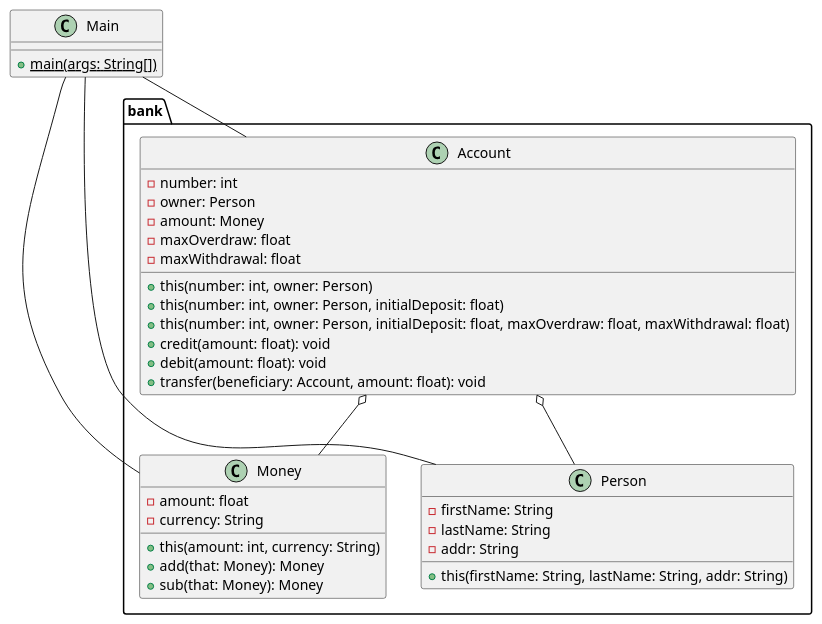
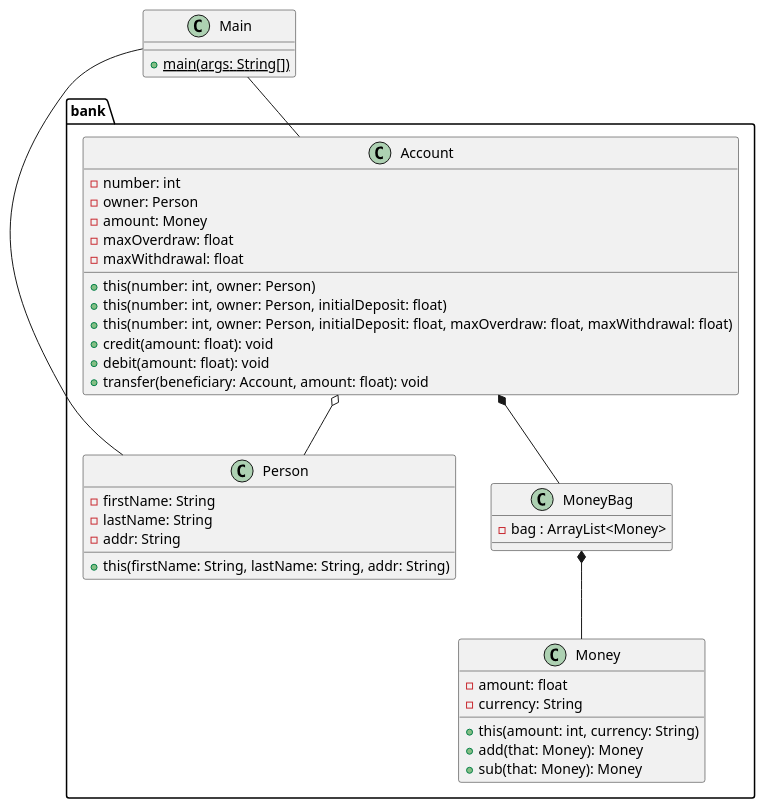
One commit to dallatIkes/GL_TP1 changed the diagram in class_diag.puml. Above: the diagram before and after it, drawn with PlantUML. The commit also changed 51 other files, not shown here.

Commit message:
updated uml file

```diff
--- a/class_diag.puml
+++ b/class_diag.puml
@@ -1,41 +1,44 @@
 @startuml
 package bank {
+class MoneyBag{
+- bag : ArrayList<Money>
+}
 class Money {
 - amount: float
 - currency: String
 + this(amount: int, currency: String)
 + add(that: Money): Money
 + sub(that: Money): Money
 }
 
 class Person{
 - firstName: String
 - lastName: String
 - addr: String
 + this(firstName: String, lastName: String, addr: String)
 }
 class Account{
 - number: int
 - owner: Person
 - amount: Money
 - maxOverdraw: float
 - maxWithdrawal: float
 + this(number: int, owner: Person)
 + this(number: int, owner: Person, initialDeposit: float)
 + this(number: int, owner: Person, initialDeposit: float, maxOverdraw: float, maxWithdrawal: float)
 + credit(amount: float): void
 + debit(amount: float): void
 + transfer(beneficiary: Account, amount: float): void
 }
 }
 class Main {
 + {static} main(args: String[])
 }
 
-Main -- Money
 Main -- Account
 Main -- Person
 
-Account o-- Money
+MoneyBag *-- Money
+Account *-- MoneyBag
 Account o-- Person
 @enduml
```
